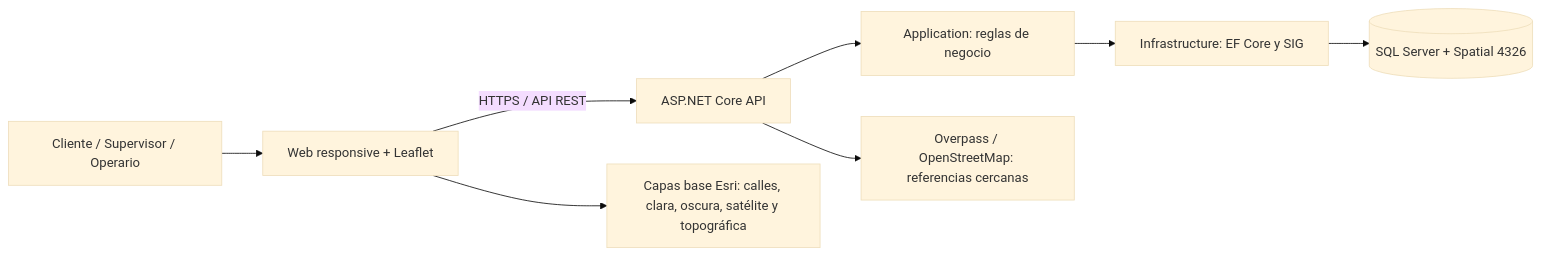
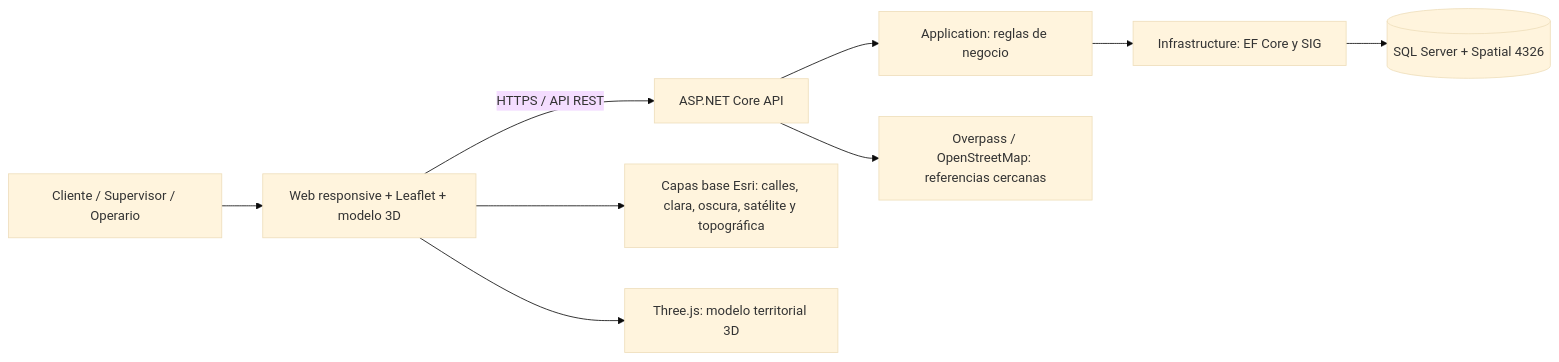
One commit to juancarlosperezarauco-hue/aguacontrol changed the first of 3 diagrams in AquaControl/docs/01_Arquitectura_y_Diagramas.md. Above: the diagram before and after it, drawn with Mermaid (base theme). The commit also changed other lines of this file and 7 other files, not shown here.

````diff
--- a/AquaControl/docs/01_Arquitectura_y_Diagramas.md
+++ b/AquaControl/docs/01_Arquitectura_y_Diagramas.md
@@ -5,10 +5,11 @@
 ```mermaid
 flowchart LR
-  U[Cliente / Supervisor / Operario] --> W[Web responsive + Leaflet]
+  U[Cliente / Supervisor / Operario] --> W[Web responsive + Leaflet + modelo 3D]
   W -->|HTTPS / API REST| A[ASP.NET Core API]
   A --> AP[Application: reglas de negocio]
   AP --> IN[Infrastructure: EF Core y SIG]
   IN --> SQL[(SQL Server + Spatial 4326)]
   A --> OSM[Overpass / OpenStreetMap: referencias cercanas]
   W --> T[Capas base Esri: calles, clara, oscura, satélite y topográfica]
+  W --> D[Three.js: modelo territorial 3D]
 ```
````
